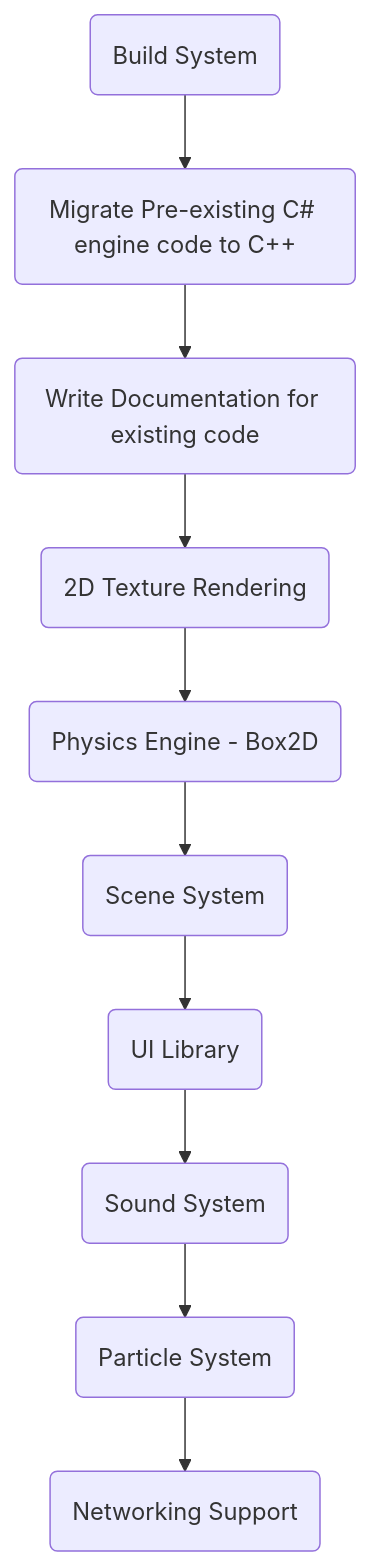
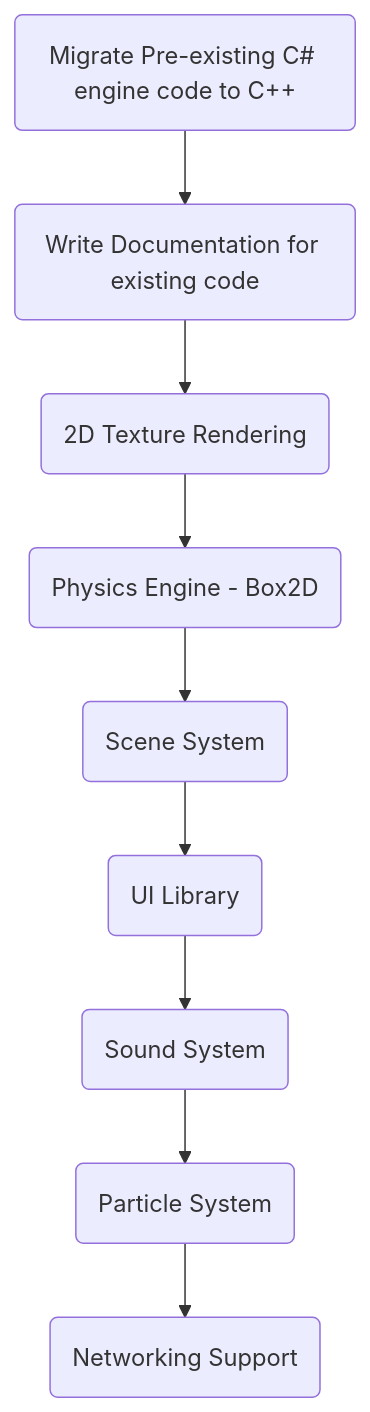
One commit to callums005/StirlingEngine changed the diagram in README.md. Above: the diagram before and after it, drawn with Mermaid.

Commit message:
Build system complete

````diff
--- a/README.md
+++ b/README.md
@@ -7,12 +7,12 @@
 ```mermaid
 graph TD;
-  BS("Build System") --> Merge("Migrate Pre-existing C# engine code to C++");
+  Merge("Migrate Pre-existing C# engine code to C++");
   Merge --> Docs1("Write Documentation for existing code");
   Docs1 --> Texture("2D Texture Rendering");
   Texture --> Physics("Physics Engine - Box2D");
   Physics --> Scenes("Scene System");
   Scenes --> UI("UI Library");
   UI --> Sound("Sound System");
   Sound --> Particle("Particle System");
   Particle -->  Network("Networking Support");
 ```
````
